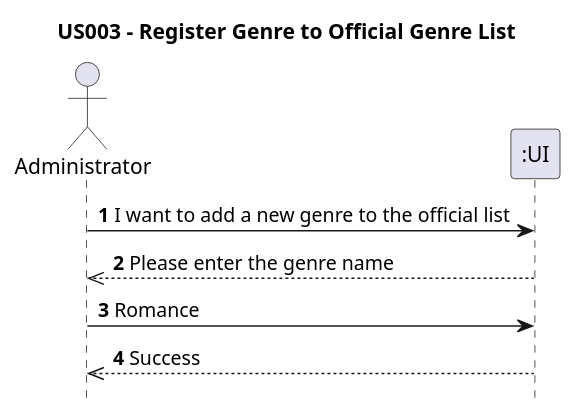
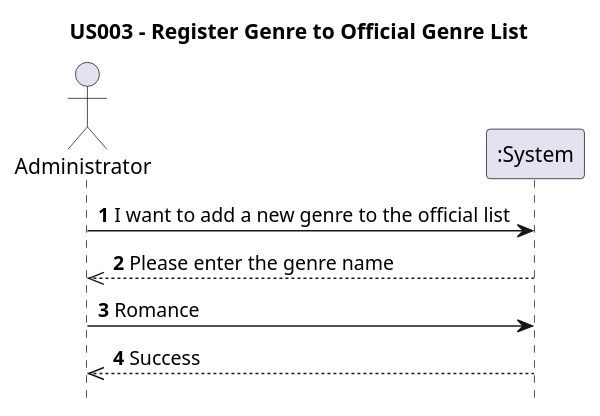
The diagram in Diagrams/SequenceDiagrams/N1/US003-To-add-a-publication-genre-list.puml (AndrePereiraGitH/SWitCH-Project-Team_A), drawn with PlantUML before and after one commit. The commit also changed 3 other files, not shown here.

```diff
--- a/Diagrams/SequenceDiagrams/N1/US003-To-add-a-publication-genre-list.puml
+++ b/Diagrams/SequenceDiagrams/N1/US003-To-add-a-publication-genre-list.puml
@@ -1,13 +1,13 @@
 @startuml
 hide footbox
 title US003 - Register Genre to Official Genre List
 
 actor Administrator
-participant ":UI" as UI
+participant ":System" as System
 
-Administrator -> UI : **1** I want to add a new genre to the official list
-UI --->> Administrator : **2** Please enter the genre name
-Administrator -> UI : **3** Romance
-UI --->> Administrator : **4** Success
+Administrator -> System : **1** I want to add a new genre to the official list
+System --->> Administrator : **2** Please enter the genre name
+Administrator -> System : **3** Romance
+System --->> Administrator : **4** Success
 
 @enduml
```
